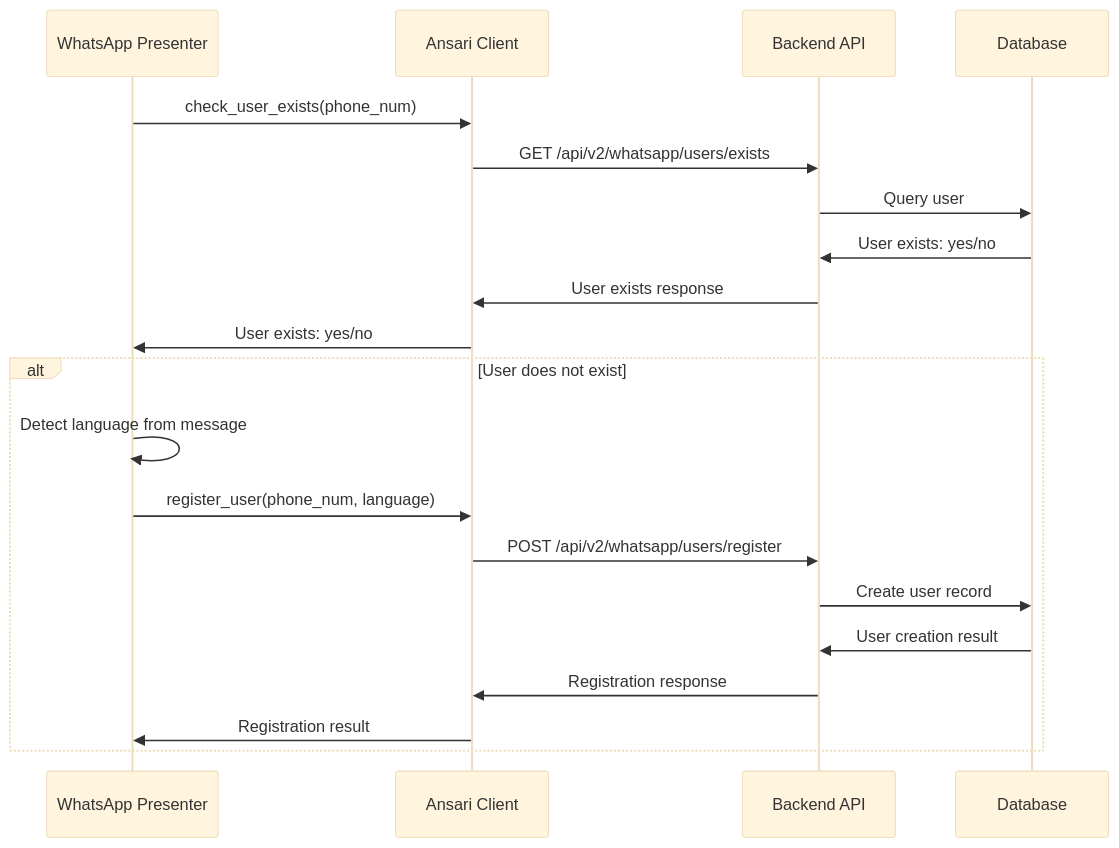
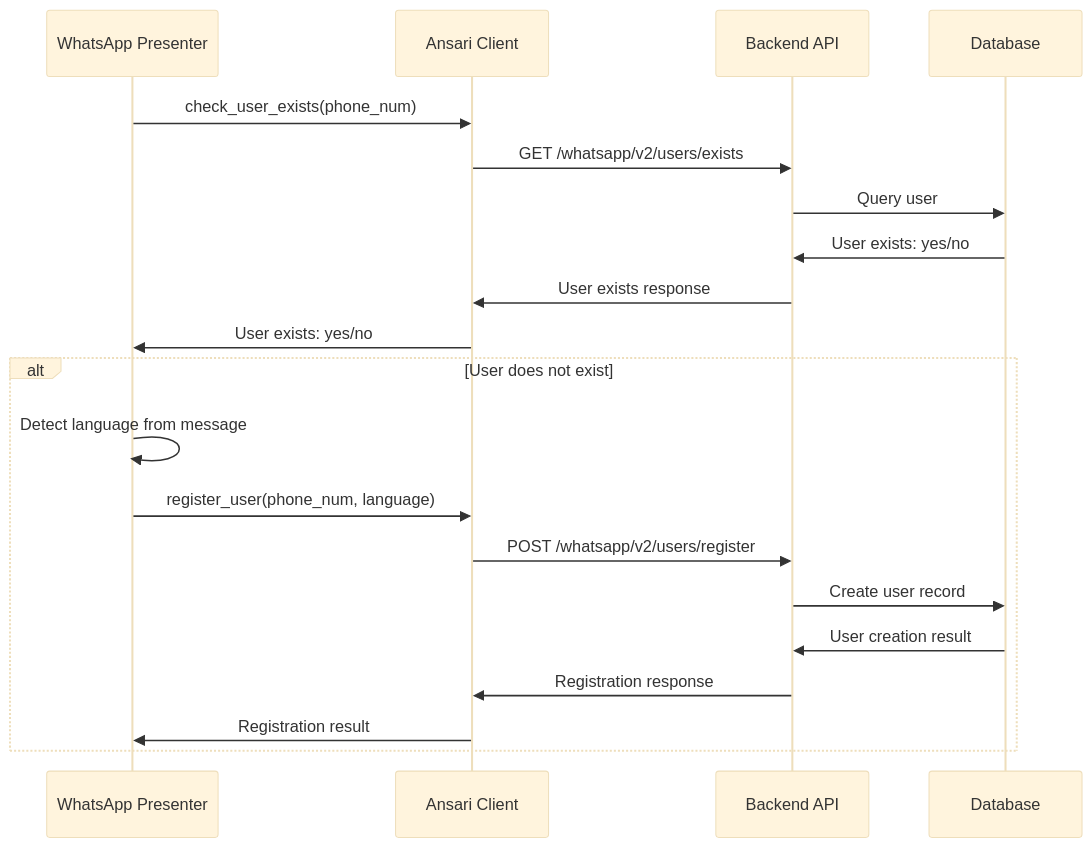
Before and after one commit to OdyAsh/ansari-whatsapp: the third of 3 diagrams in docs/lld/implementation_guide.md, drawn with Mermaid (base theme). The commit also changed other lines of this file and 16 other files, not shown here.

````diff
--- a/docs/lld/implementation_guide.md
+++ b/docs/lld/implementation_guide.md
@@ -151,24 +151,24 @@
 ```mermaid
 sequenceDiagram
     participant WP as WhatsApp Presenter
     participant AC as Ansari Client
     participant API as Backend API
     participant DB as Database
     
     WP->>AC: check_user_exists(phone_num)
-    AC->>API: GET /api/v2/whatsapp/users/exists
+    AC->>API: GET /whatsapp/v2/users/exists
     API->>DB: Query user
     DB->>API: User exists: yes/no
     API->>AC: User exists response
     AC->>WP: User exists: yes/no
     
     alt User does not exist
         WP->>WP: Detect language from message
         WP->>AC: register_user(phone_num, language)
-        AC->>API: POST /api/v2/whatsapp/users/register
+        AC->>API: POST /whatsapp/v2/users/register
         API->>DB: Create user record
         DB->>API: User creation result
         API->>AC: Registration response
         AC->>WP: Registration result
     end
 ```
````
